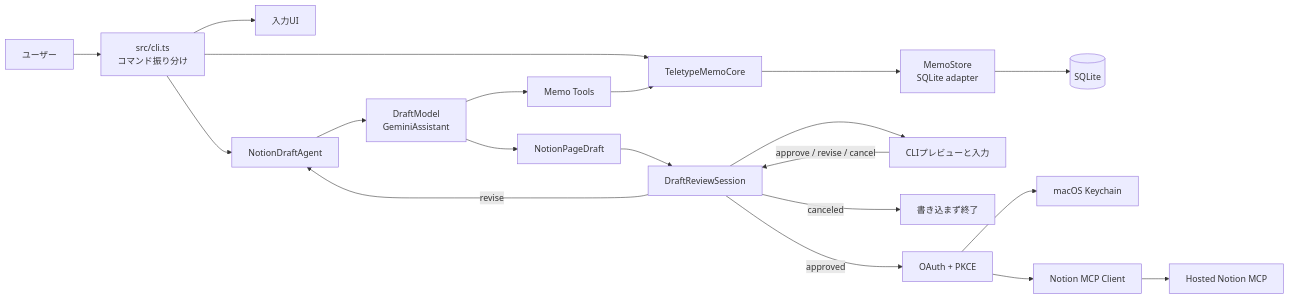
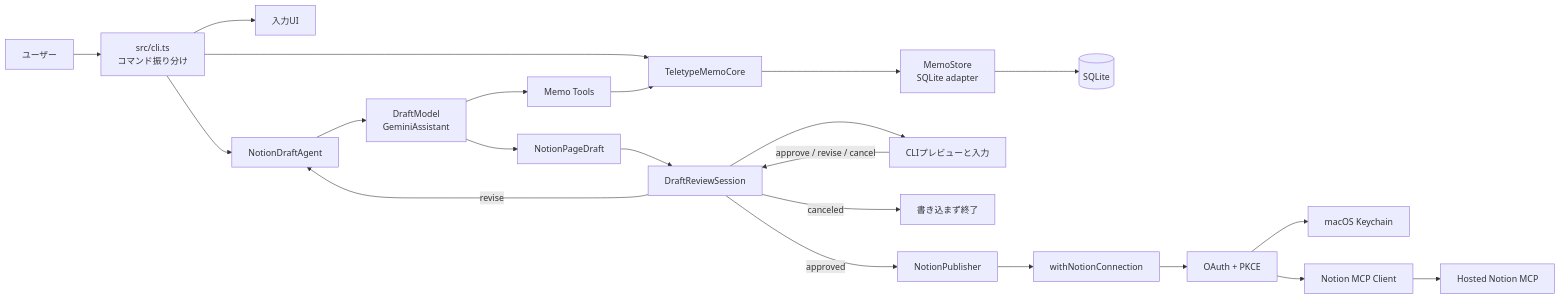
The first of 4 diagrams in docs/DETAILED_DESIGN.md (hk206/terminal-ai-memo), drawn with Mermaid before and after one commit. The commit also changed other lines of this file and 8 other files, not shown here.

````diff
--- a/docs/DETAILED_DESIGN.md
+++ b/docs/DETAILED_DESIGN.md
@@ -31,23 +31,25 @@
 ```mermaid
 flowchart LR
     User["ユーザー"] --> CLI["src/cli.ts\nコマンド振り分け"]
     CLI --> Input["入力UI"]
     CLI --> Core["TeletypeMemoCore"]
     Core --> Store["MemoStore\nSQLite adapter"]
     Store --> SQLite[("SQLite")]
 
     CLI --> Agent["NotionDraftAgent"]
     Agent --> Gemini["DraftModel\nGeminiAssistant"]
     Gemini --> Tools["Memo Tools"]
     Tools --> Core
     Gemini --> Draft["NotionPageDraft"]
     Draft --> Session["DraftReviewSession"]
     Session --> Review["CLIプレビューと入力"]
     Review -->|approve / revise / cancel| Session
     Session -->|revise| Agent
     Session -->|canceled| Stop["書き込まず終了"]
-    Session -->|approved| OAuth["OAuth + PKCE"]
+    Session -->|approved| Publisher["NotionPublisher"]
+    Publisher --> Connection["withNotionConnection"]
+    Connection --> OAuth["OAuth + PKCE"]
     OAuth --> Keychain["macOS Keychain"]
     OAuth --> MCP["Notion MCP Client"]
     MCP --> Notion["Hosted Notion MCP"]
 ```
````
